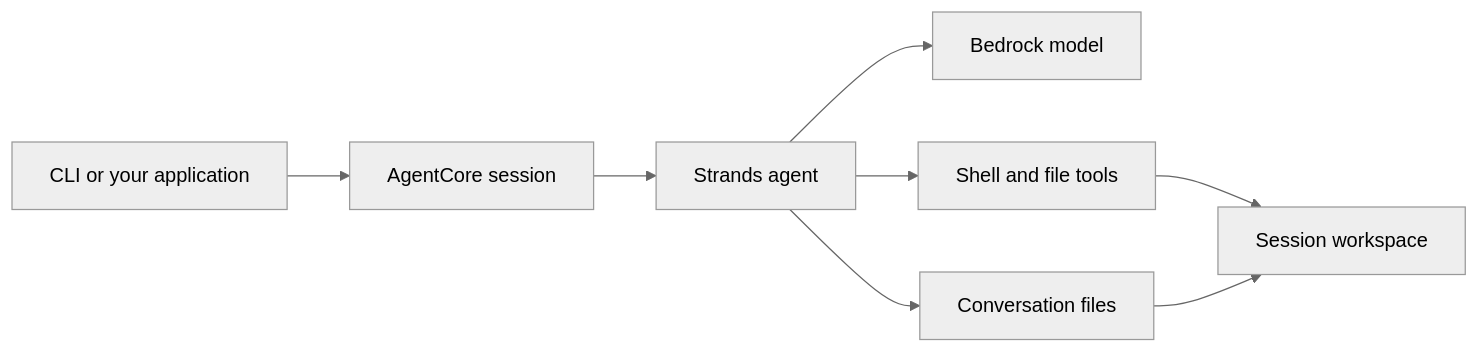
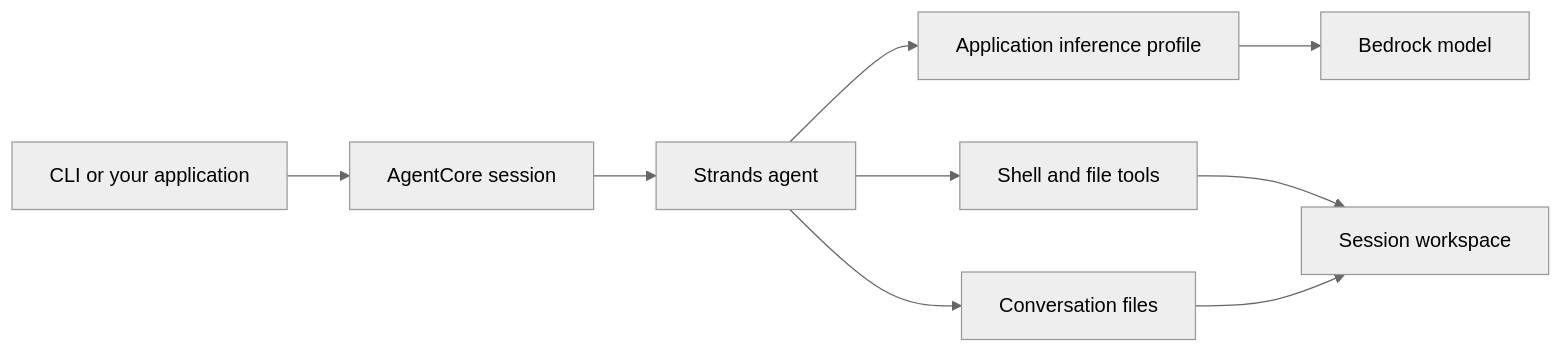
Before and after one commit to weijianzhg/bedrock-agent-blueprint: the diagram in README.md, drawn with Mermaid (neutral theme). The commit also changed other lines of this file and 11 other files, not shown here.

First line of the commit message:
Allocate Bedrock model costs through Terraform inference profiles (#8)

````diff
--- a/README.md
+++ b/README.md
@@ -7,10 +7,11 @@
 ```mermaid
 flowchart LR
     CLI[CLI or your application] --> Runtime[AgentCore session]
     Runtime --> Agent[Strands agent]
-    Agent --> Model[Bedrock model]
+    Agent --> Profile[Application inference profile]
+    Profile --> Model[Bedrock model]
     Agent --> Tools[Shell and file tools]
     Tools --> Workspace[Session workspace]
     Agent --> History[Conversation files]
     History --> Workspace
 ```
````
